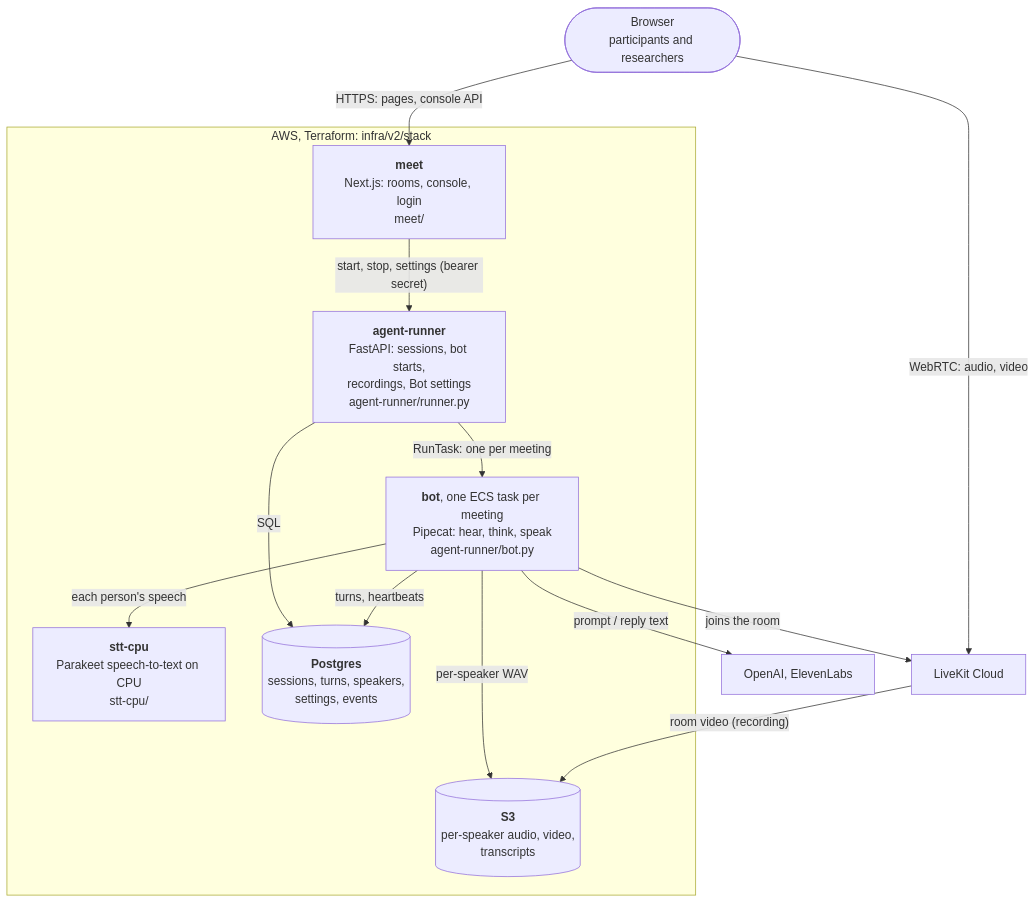
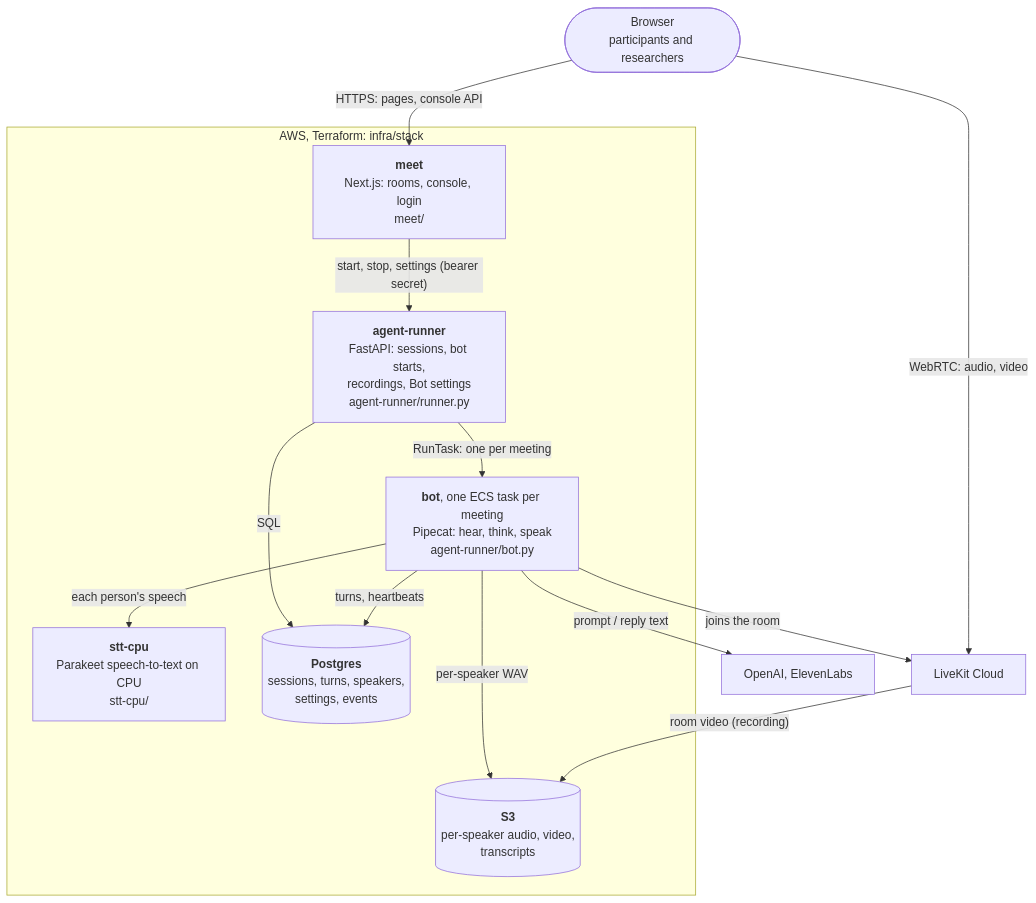
One commit to wwbp/MeetLab changed the second of 3 diagrams in README.md. Above: the diagram before and after it, drawn with Mermaid. The commit also changed other lines of this file and 81 other files, not shown here.

````diff
--- a/README.md
+++ b/README.md
@@ -43,25 +43,25 @@
 ```mermaid
 flowchart TB
   browser(["Browser<br/>participants and researchers"])
-  subgraph aws["AWS, Terraform: infra/v2/stack"]
+  subgraph aws["AWS, Terraform: infra/stack"]
     meet["<b>meet</b><br/>Next.js: rooms, console, login<br/>meet/"]
     runner["<b>agent-runner</b><br/>FastAPI: sessions, bot starts,<br/>recordings, Bot settings<br/>agent-runner/runner.py"]
     bots["<b>bot</b>, one ECS task per meeting<br/>Pipecat: hear, think, speak<br/>agent-runner/bot.py"]
     stt["<b>stt-cpu</b><br/>Parakeet speech-to-text on CPU<br/>stt-cpu/"]
     db[("<b>Postgres</b><br/>sessions, turns, speakers,<br/>settings, events")]
     s3[("<b>S3</b><br/>per-speaker audio, video,<br/>transcripts")]
   end
   livekit["LiveKit Cloud"]
   vendors["OpenAI, ElevenLabs"]
   browser -- "HTTPS: pages, console API" --> meet
   browser -- "WebRTC: audio, video" --> livekit
   meet -- "start, stop, settings (bearer secret)" --> runner
   runner -- "RunTask: one per meeting" --> bots
   runner -- "SQL" --> db
   bots -- "joins the room" --> livekit
   bots -- "each person's speech" --> stt
   bots -- "turns, heartbeats" --> db
   bots -- "per-speaker WAV" --> s3
   bots -- "prompt / reply text" --> vendors
   livekit -- "room video (recording)" --> s3
 ```
````
